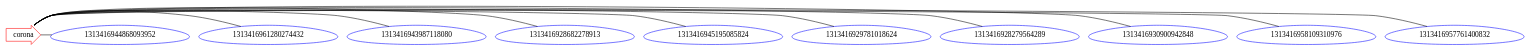
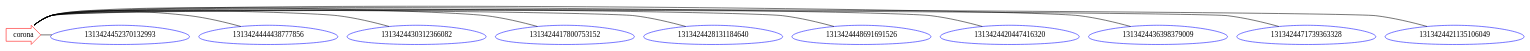
One commit to aaiit/Data-Extraction changed the diagram in queries_tweets.gv. Above: the diagram before and after it, drawn with Graphviz. The commit also changed 10 other files, not shown here.

```diff
--- a/queries_tweets.gv
+++ b/queries_tweets.gv
@@ -1,34 +1,34 @@
 graph {
 	node [color=red shape=rarrow]
 	corona [label=corona]
 	node [color=blue shape=egg]
-	1313416944868093952 [label=1313416944868093952]
-	corona -- 1313416944868093952 [constraint=false]
+	1313424452370132993 [label=1313424452370132993]
+	corona -- 1313424452370132993 [constraint=false]
 	node [color=blue shape=egg]
-	1313416961280274432 [label=1313416961280274432]
-	corona -- 1313416961280274432 [constraint=false]
+	1313424444438777856 [label=1313424444438777856]
+	corona -- 1313424444438777856 [constraint=false]
 	node [color=blue shape=egg]
-	1313416943987118080 [label=1313416943987118080]
-	corona -- 1313416943987118080 [constraint=false]
+	1313424430312366082 [label=1313424430312366082]
+	corona -- 1313424430312366082 [constraint=false]
 	node [color=blue shape=egg]
-	1313416928682278913 [label=1313416928682278913]
-	corona -- 1313416928682278913 [constraint=false]
+	1313424417800753152 [label=1313424417800753152]
+	corona -- 1313424417800753152 [constraint=false]
 	node [color=blue shape=egg]
-	1313416945195085824 [label=1313416945195085824]
-	corona -- 1313416945195085824 [constraint=false]
+	1313424428131184640 [label=1313424428131184640]
+	corona -- 1313424428131184640 [constraint=false]
 	node [color=blue shape=egg]
-	1313416929781018624 [label=1313416929781018624]
-	corona -- 1313416929781018624 [constraint=false]
+	1313424448691691526 [label=1313424448691691526]
+	corona -- 1313424448691691526 [constraint=false]
 	node [color=blue shape=egg]
-	1313416928279564289 [label=1313416928279564289]
-	corona -- 1313416928279564289 [constraint=false]
+	1313424420447416320 [label=1313424420447416320]
+	corona -- 1313424420447416320 [constraint=false]
 	node [color=blue shape=egg]
-	1313416930900942848 [label=1313416930900942848]
-	corona -- 1313416930900942848 [constraint=false]
+	1313424436398379009 [label=1313424436398379009]
+	corona -- 1313424436398379009 [constraint=false]
 	node [color=blue shape=egg]
-	1313416958109310976 [label=1313416958109310976]
-	corona -- 1313416958109310976 [constraint=false]
+	1313424471739363328 [label=1313424471739363328]
+	corona -- 1313424471739363328 [constraint=false]
 	node [color=blue shape=egg]
-	1313416957761400832 [label=1313416957761400832]
-	corona -- 1313416957761400832 [constraint=false]
+	1313424421135106049 [label=1313424421135106049]
+	corona -- 1313424421135106049 [constraint=false]
 }
```
